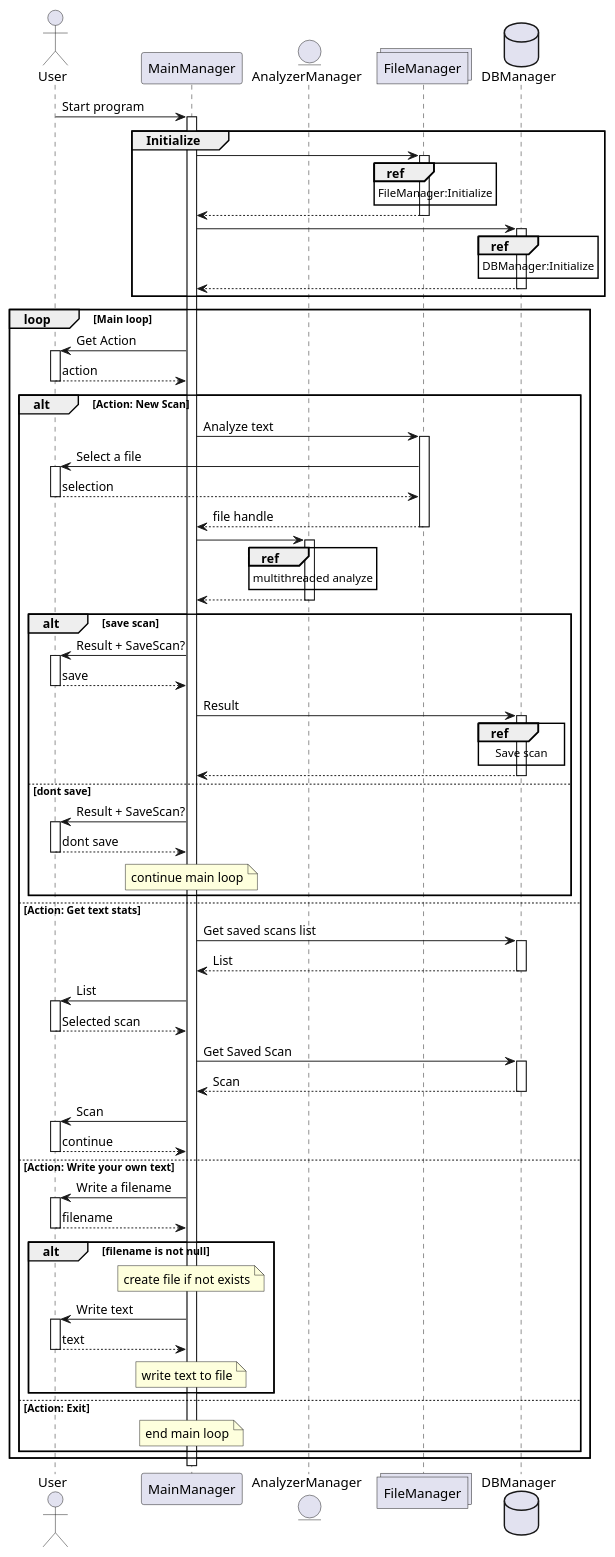
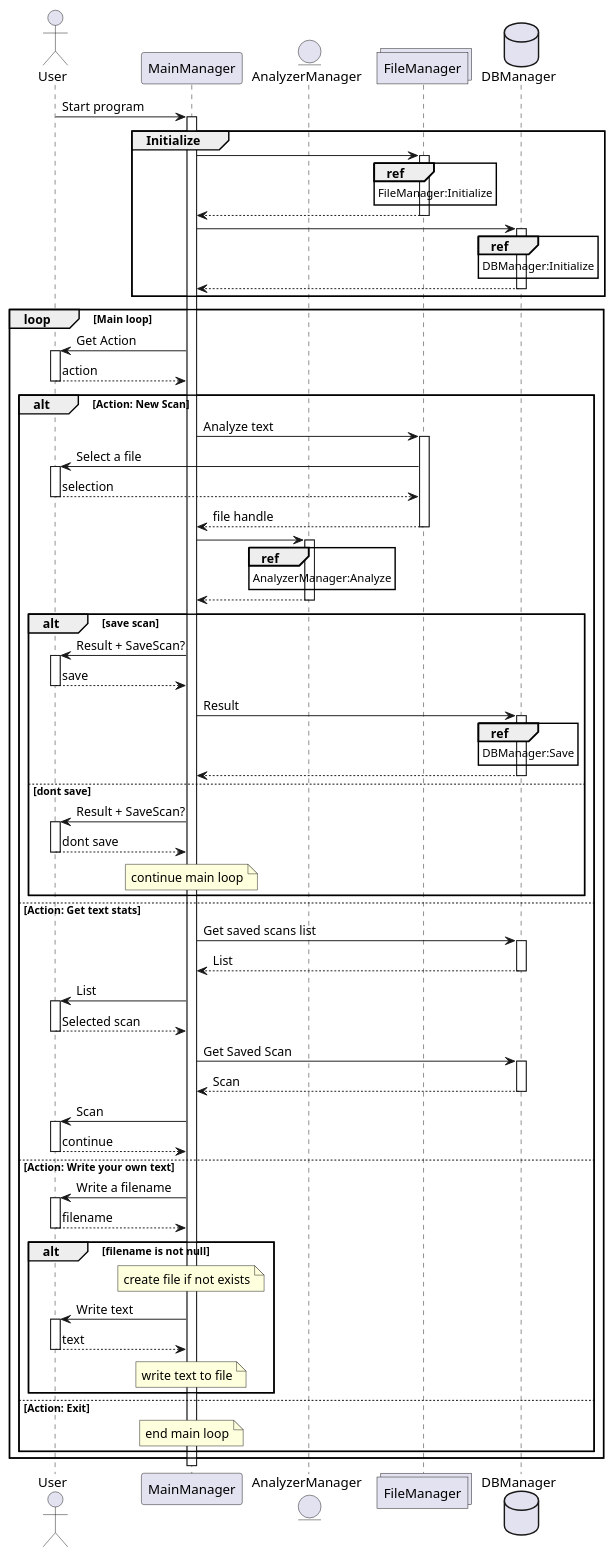
One commit to Mimeas-Studies/pgr3302-1-Software-Design-Exam changed the diagram in diagrams/Sequence_V02.puml. Above: the diagram before and after it, drawn with PlantUML. The commit also changed 3 other files, not shown here.

Commit message:
Finished Sequence diagrams

```diff
--- a/diagrams/Sequence_V02.puml
+++ b/diagrams/Sequence_V02.puml
@@ -1,94 +1,94 @@
 @startuml
 'https://plantuml.com/sequence-diagram
 
 'participents
 actor User
 participant MainManager
 entity AnalyzerManager
 collections FileManager
 database DBManager
 
 autoactivate on
 
 User -> MainManager: Start program
 
 group Initialize
 
 MainManager -> FileManager
     ref over FileManager: FileManager:Initialize
 return
 
 MainManager -> DBManager
     ref over DBManager: DBManager:Initialize
 return
 
 end group
 
 loop Main loop
 
 MainManager -> User: Get Action
 return action
 
 alt Action: New Scan
 
 MainManager -> FileManager: Analyze text
     FileManager -> User: Select a file
     return selection
     
 return file handle
     
 MainManager -> AnalyzerManager
-    ref over AnalyzerManager: multithreaded analyze
+    ref over AnalyzerManager: AnalyzerManager:Analyze
 return
 
 alt save scan
 MainManager -> User: Result + SaveScan?
 return save
 
 MainManager -> DBManager: Result
-    ref over DBManager: Save scan
+    ref over DBManager: DBManager:Save
 return
     
 else dont save
 MainManager -> User: Result + SaveScan?
 return dont save
 note over MainManager: continue main loop
 end alt
 
 else Action: Get text stats
 
 MainManager -> DBManager: Get saved scans list
 return List
 
 MainManager -> User: List
 return Selected scan
 
 MainManager -> DBManager: Get Saved Scan
 return Scan
 
 MainManager -> User: Scan
 return continue
 
 else Action: Write your own text
 
 MainManager -> User: Write a filename
 return filename
 
 alt filename is not null
 
 note over MainManager: create file if not exists
 
 MainManager -> User: Write text
 return text
 
 note over MainManager: write text to file
 end alt
 
 else Action: Exit
 
 note over MainManager: end main loop
 
 end alt
 
 end loop
 @enduml
```
